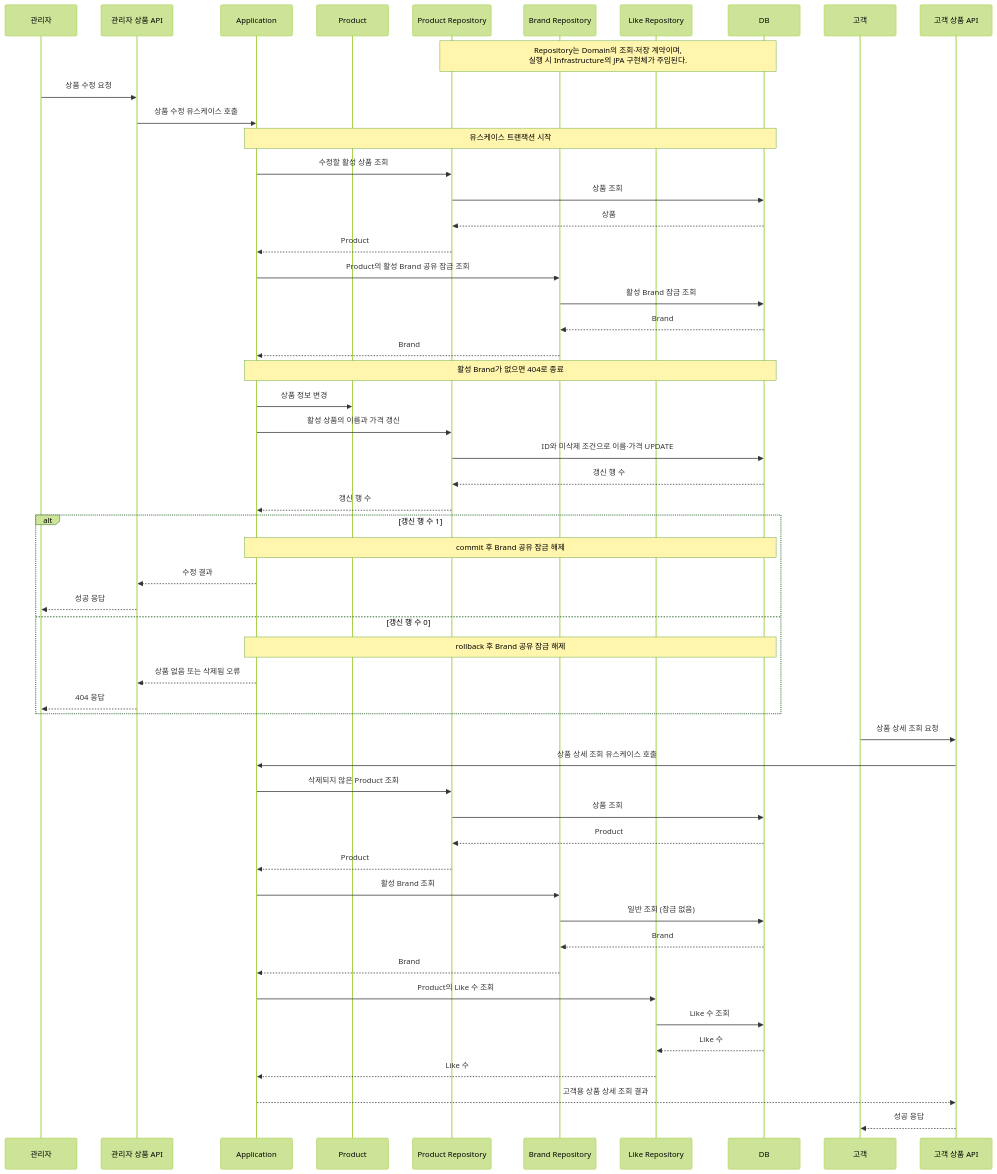
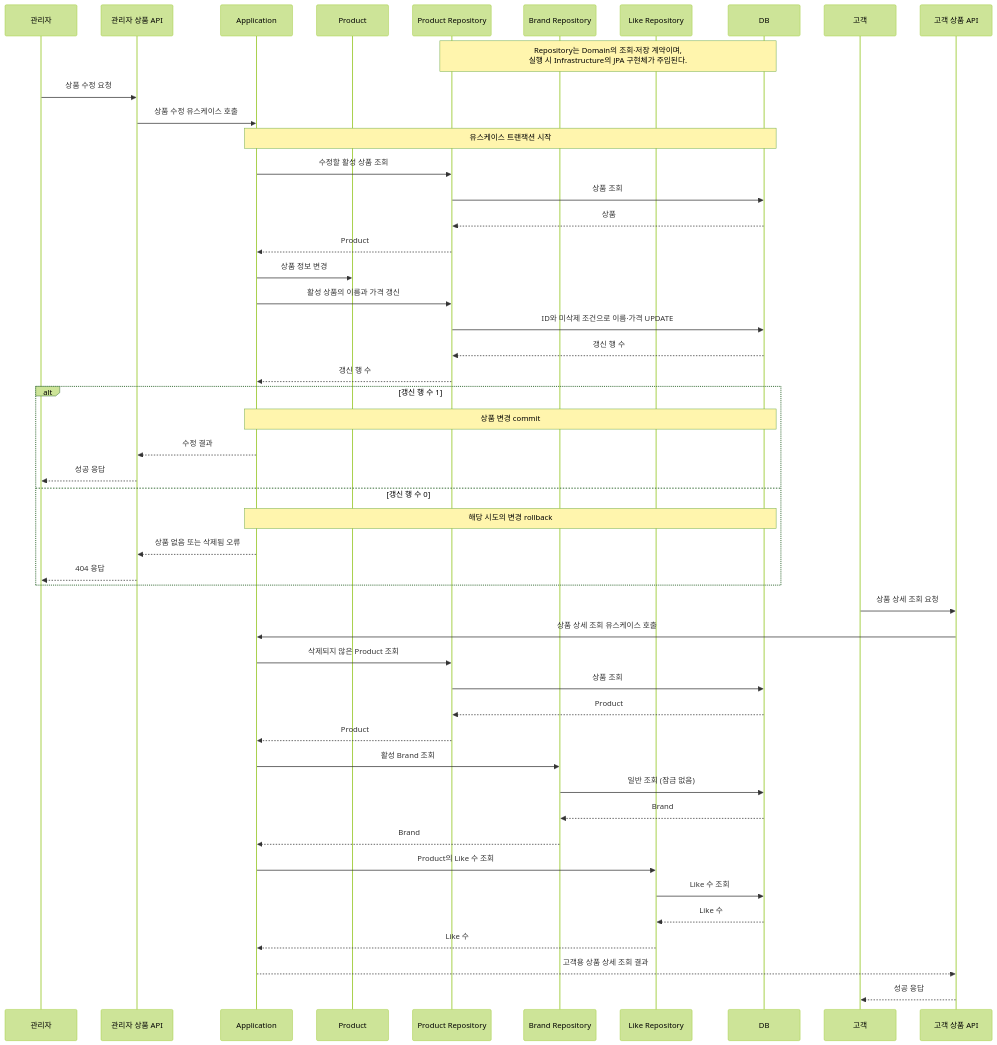
One commit to loopers-labs/loop-pack-be-l2-vol5-java changed the fifth of 5 diagrams in docs/week2/commerce-api-design.md. Above: the diagram before and after it, drawn with Mermaid (forest theme). The commit also changed other lines of this file and 2 other files, not shown here.

````diff
--- a/docs/week2/commerce-api-design.md
+++ b/docs/week2/commerce-api-design.md
@@ -322,61 +324,55 @@
 ```mermaid
 sequenceDiagram
     participant A as 관리자
     participant AAC as 관리자 상품 API
     participant APP as Application
     participant P as Product
     participant PR as Product Repository
     participant BR as Brand Repository
     participant LR as Like Repository
     participant DB as DB
     participant C as 고객
     participant CAC as 고객 상품 API
 
     Note over PR,DB: Repository는 Domain의 조회·저장 계약이며,<br/>실행 시 Infrastructure의 JPA 구현체가 주입된다.
 
     A->>AAC: 상품 수정 요청
     AAC->>APP: 상품 수정 유스케이스 호출
     Note over APP,DB: 유스케이스 트랜잭션 시작
     APP->>PR: 수정할 활성 상품 조회
     PR->>DB: 상품 조회
     DB-->>PR: 상품
     PR-->>APP: Product
 
-    APP->>BR: Product의 활성 Brand 공유 잠금 조회
-    BR->>DB: 활성 Brand 잠금 조회
-    DB-->>BR: Brand
-    BR-->>APP: Brand
-    Note over APP,DB: 활성 Brand가 없으면 404로 종료
-
     APP->>P: 상품 정보 변경
     APP->>PR: 활성 상품의 이름과 가격 갱신
     PR->>DB: ID와 미삭제 조건으로 이름·가격 UPDATE
     DB-->>PR: 갱신 행 수
     PR-->>APP: 갱신 행 수
     alt 갱신 행 수 1
-        Note over APP,DB: commit 후 Brand 공유 잠금 해제
+        Note over APP,DB: 상품 변경 commit
         APP-->>AAC: 수정 결과
         AAC-->>A: 성공 응답
     else 갱신 행 수 0
-        Note over APP,DB: rollback 후 Brand 공유 잠금 해제
+        Note over APP,DB: 해당 시도의 변경 rollback
         APP-->>AAC: 상품 없음 또는 삭제됨 오류
         AAC-->>A: 404 응답
     end
 
     C->>CAC: 상품 상세 조회 요청
     CAC->>APP: 상품 상세 조회 유스케이스 호출
     APP->>PR: 삭제되지 않은 Product 조회
     PR->>DB: 상품 조회
     DB-->>PR: Product
     PR-->>APP: Product
     APP->>BR: 활성 Brand 조회
     BR->>DB: 일반 조회 (잠금 없음)
     DB-->>BR: Brand
     BR-->>APP: Brand
     APP->>LR: Product의 Like 수 조회
     LR->>DB: Like 수 조회
     DB-->>LR: Like 수
     LR-->>APP: Like 수
     APP-->>CAC: 고객용 상품 상세 조회 결과
     CAC-->>C: 성공 응답
 ```
````
